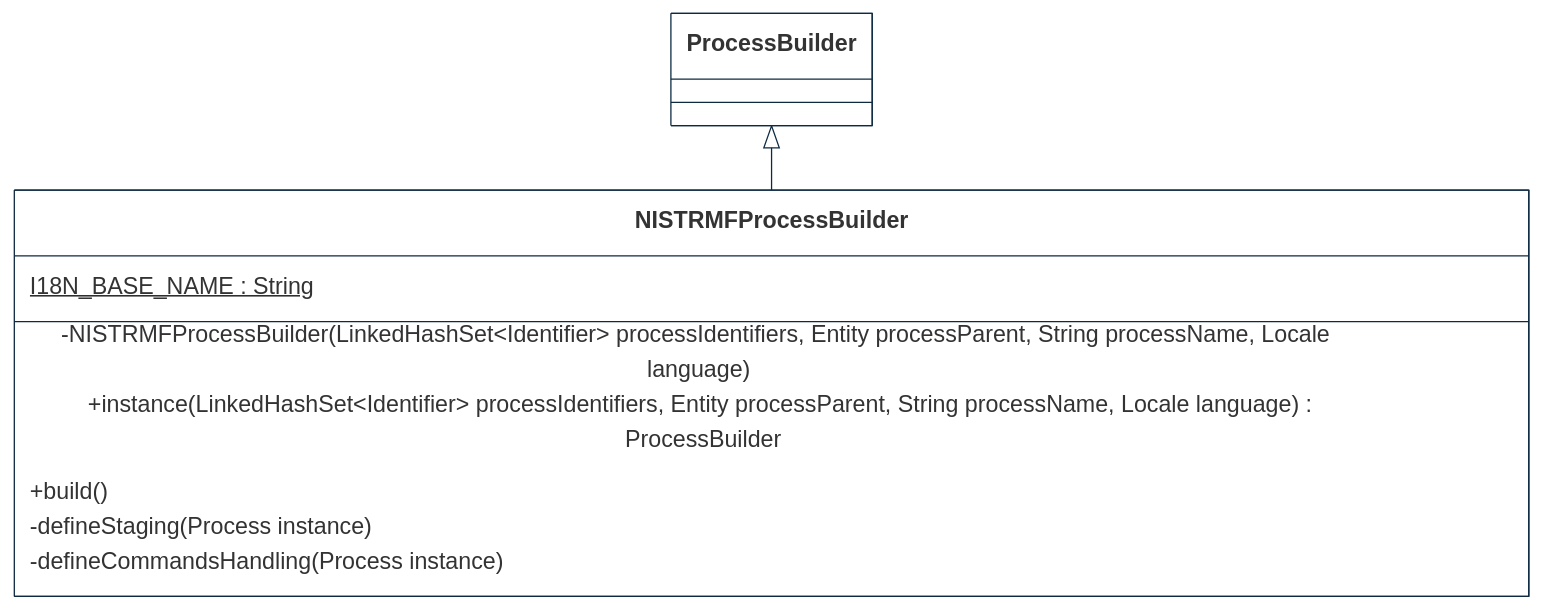
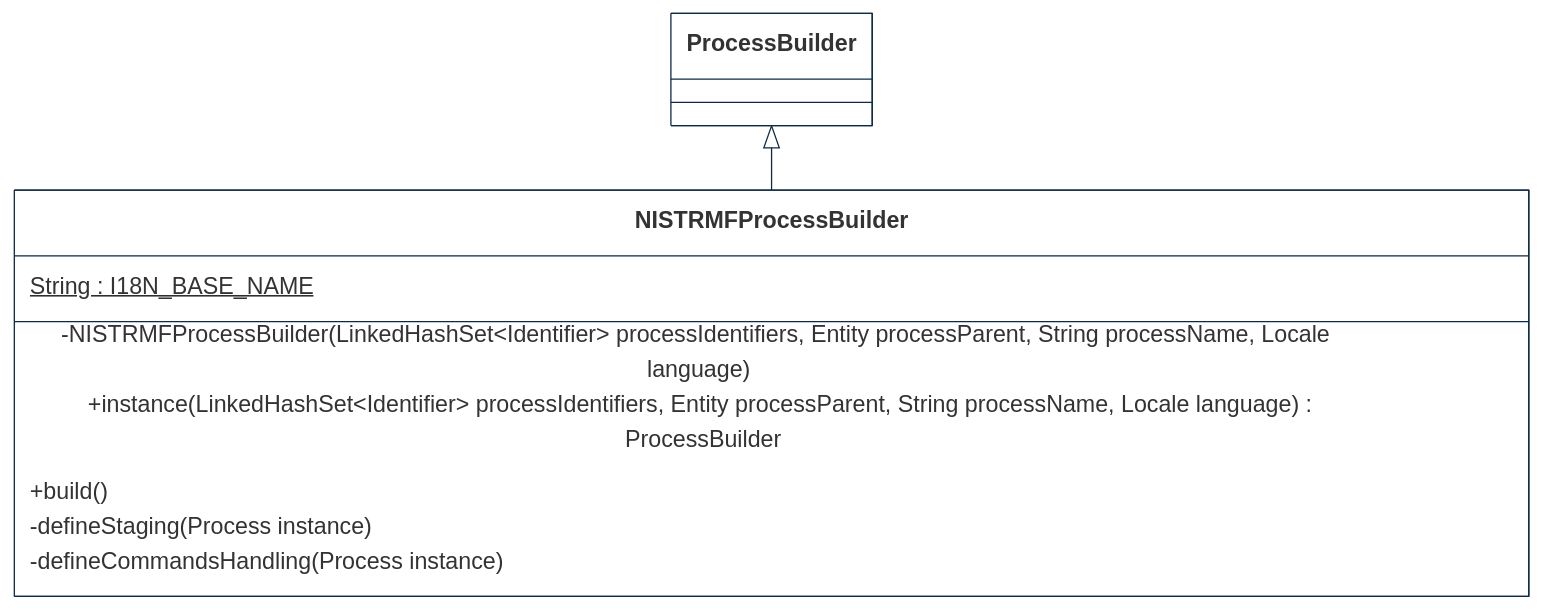
Before and after one commit to cybnity/foundation: the second of 3 diagrams in implementations-line/features/workflow-process/defense-template/designview-packages.md, drawn with Mermaid.

````diff
--- a/implementations-line/features/workflow-process/defense-template/designview-packages.md
+++ b/implementations-line/features/workflow-process/defense-template/designview-packages.md
@@ -78,30 +78,30 @@
 ```mermaid
 %%{
   init: {
     'theme': 'base',
     'themeVariables': {
         'background': '#ffffff',
         'fontFamily': 'arial',
         'fontSize': '18px',
         'primaryColor': '#fff',
         'primaryBorderColor': '#0e2a43',
         'secondaryBorderColor': '#0e2a43',
         'tertiaryBorderColor': '#0e2a43',
         'edgeLabelBackground':'#0e2a43',
         'lineColor': '#0e2a43',
         'tertiaryColor': '#fff'
     }
   }
 }%%
 classDiagram
   ProcessBuilder <|-- NISTRMFProcessBuilder
   class NISTRMFProcessBuilder {
-    I18N_BASE_NAME : String$
+    String : I18N_BASE_NAME$
     -NISTRMFProcessBuilder(LinkedHashSet~Identifier~ processIdentifiers, Entity processParent, String processName, Locale language)
     +instance(LinkedHashSet~Identifier~ processIdentifiers, Entity processParent, String processName, Locale language) ProcessBuilder
     +build()
     -defineStaging(Process instance)
     -defineCommandsHandling(Process instance)
   }
 
 ```
````
